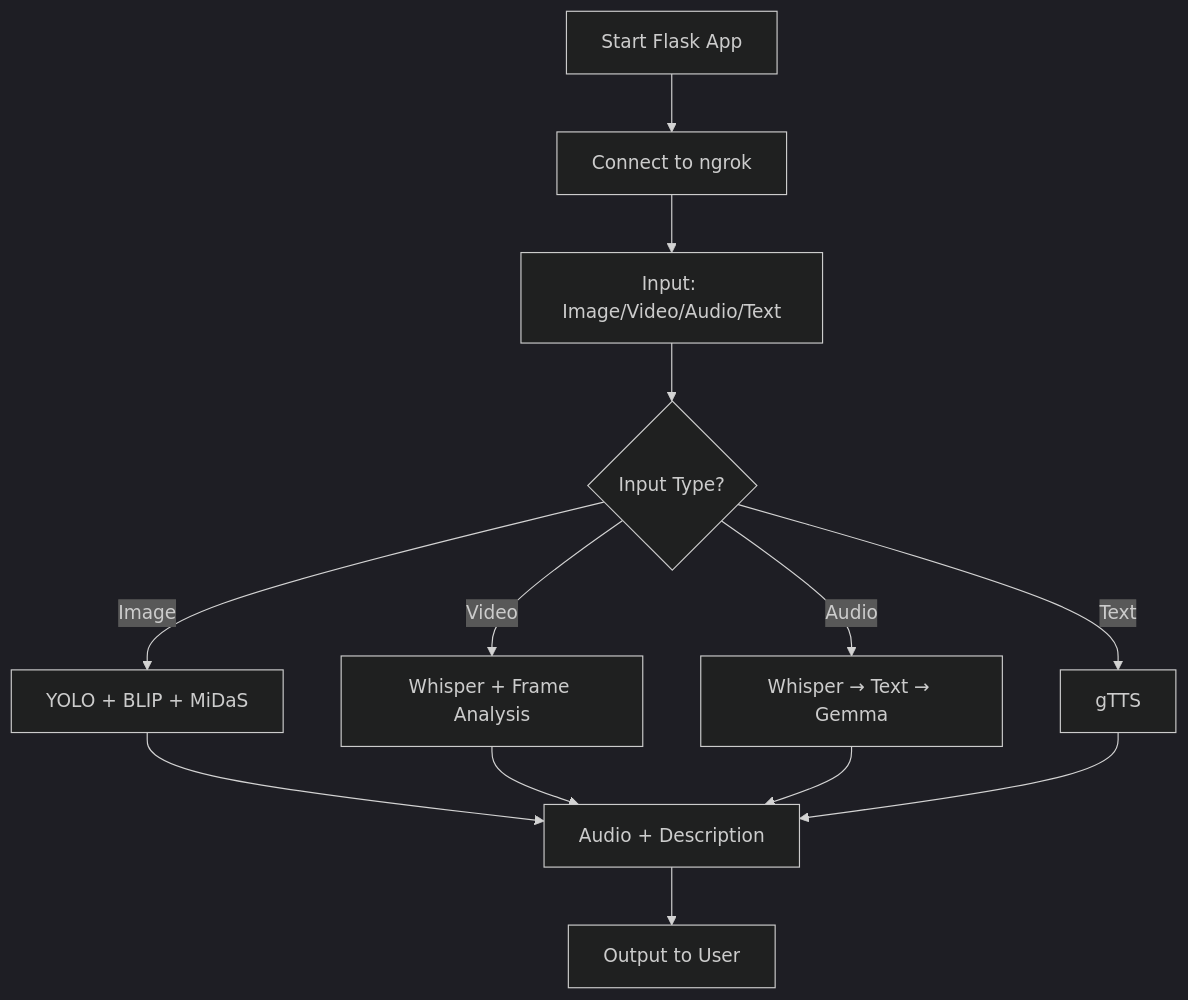
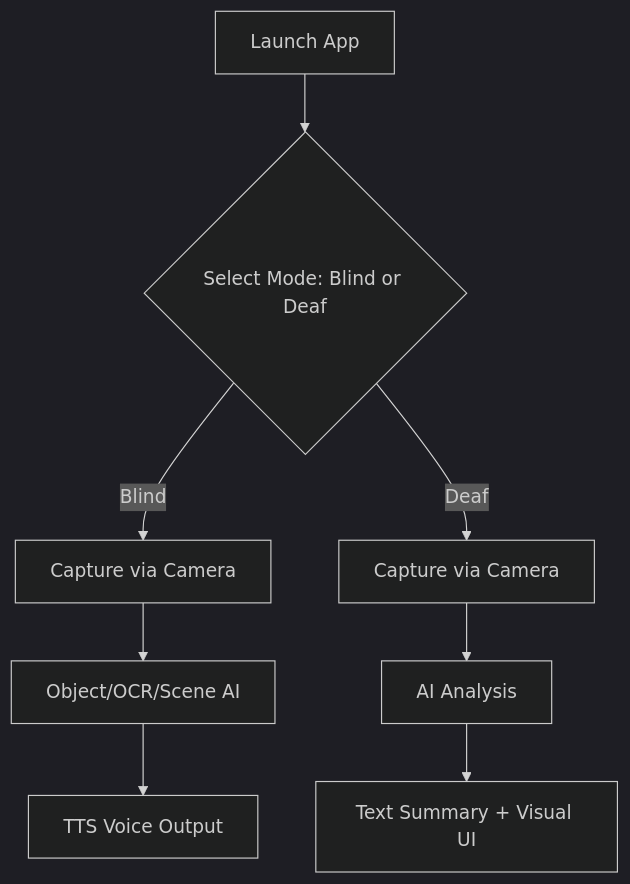
Before and after one commit to Parham-Dehghan/ai-eyes-for-the-blind: the third of 3 diagrams in README.md, drawn with Mermaid (dark theme). The commit also changed other lines of this file, not shown here.

````diff
--- a/README.md
+++ b/README.md
@@ -86,15 +91,9 @@
 ```mermaid
 flowchart TD
-    A[Start Flask App] --> B[Connect to ngrok]
-    B --> C[Input: Image/Video/Audio/Text]
-    C --> D{Input Type?}
-    D -->|Image| E[YOLO + BLIP + MiDaS]
-    D -->|Video| F[Whisper + Frame Analysis]
-    D -->|Audio| G[Whisper → Text → Gemma]
-    D -->|Text| H[gTTS]
-    E --> I[Audio + Description]
-    F --> I
-    G --> I
-    H --> I
-    I --> J[Output to User]
+    Start[Launch App] --> Mode{Select Mode: Blind or Deaf}
+    Mode -- Blind --> Cam[Capture via Camera] --> Vision[Object/OCR/Scene AI]
+    Vision --> Audio[TTS Voice Output]
+
+    Mode -- Deaf --> Cam2[Capture via Camera] --> Vision2[AI Analysis]
+    Vision2 --> Screen[Text Summary + Visual UI]
 ```
````
